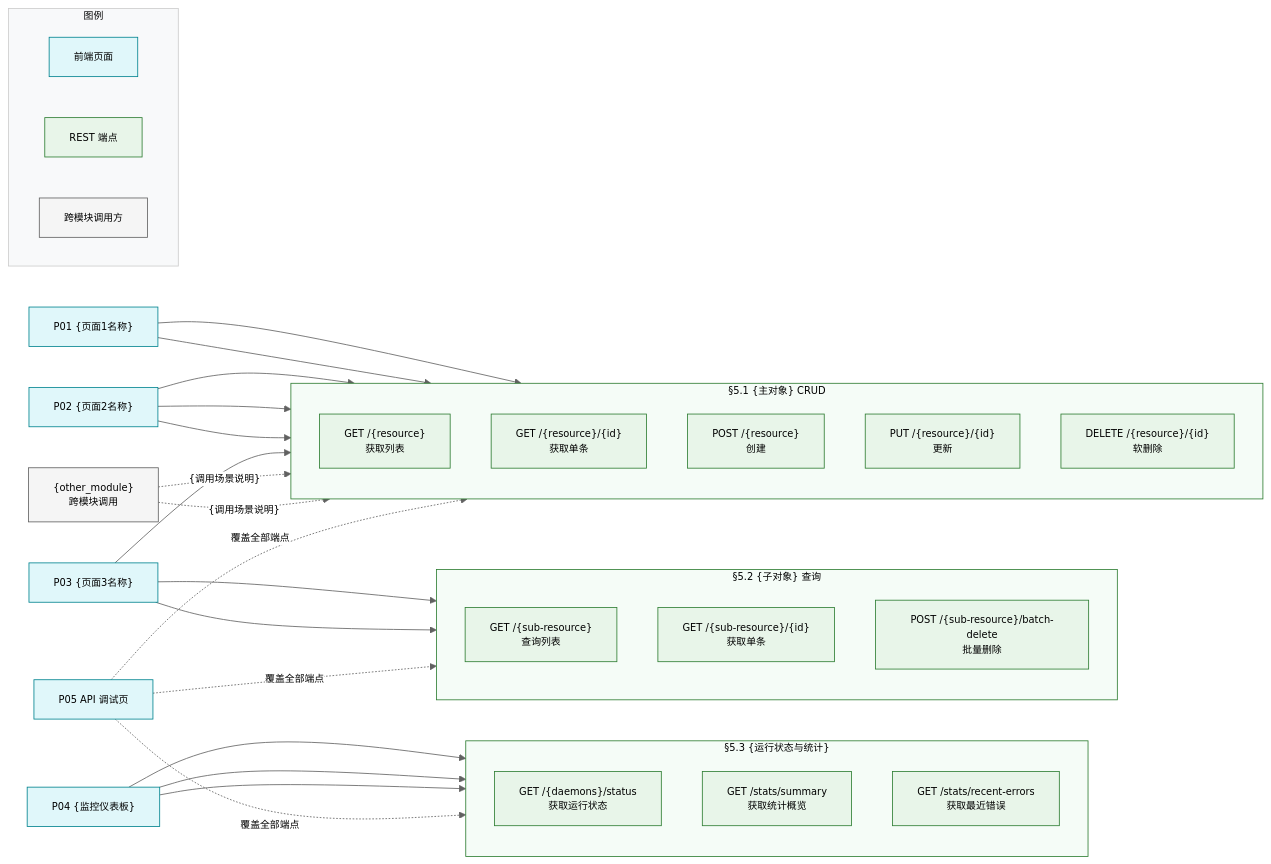
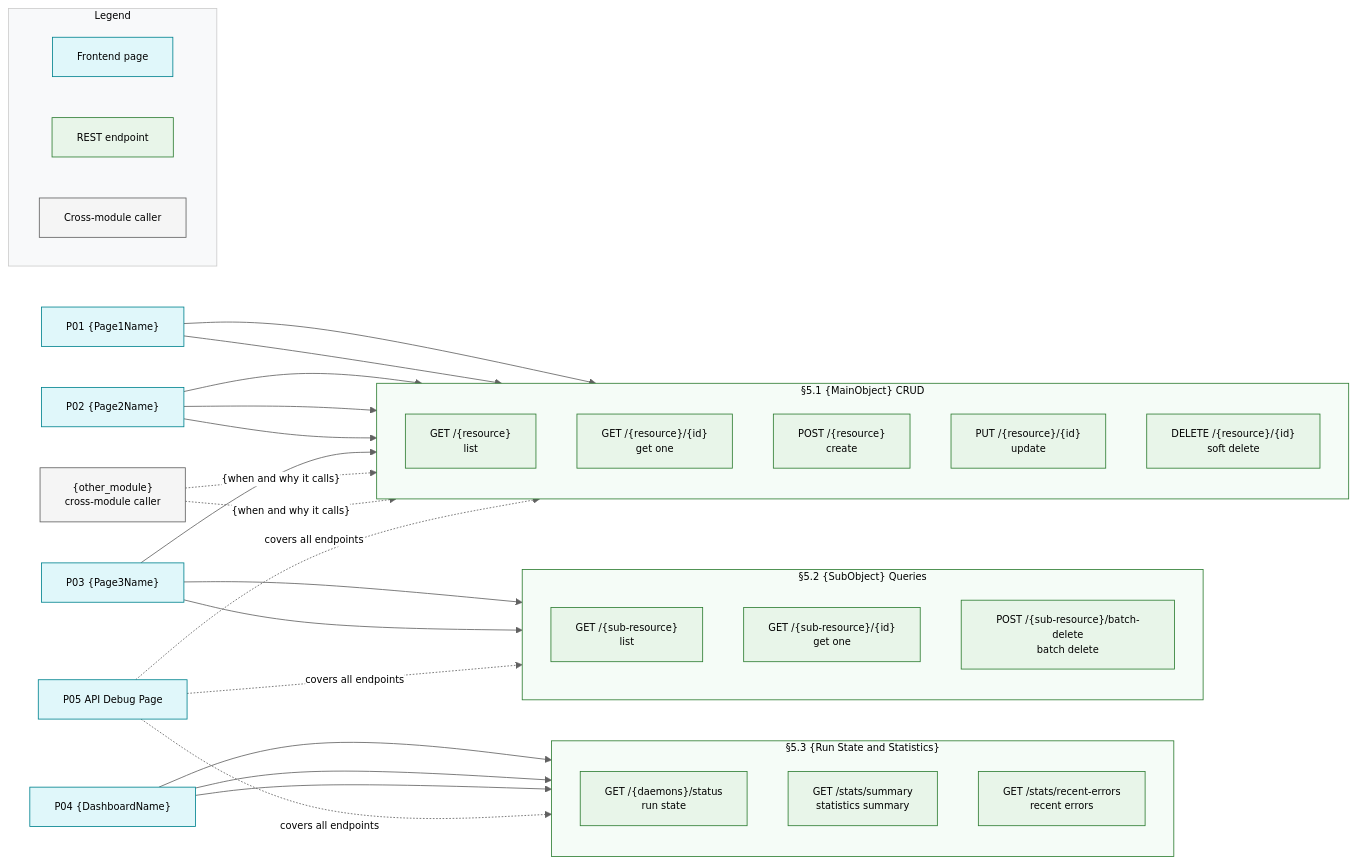
Before and after one commit to AliveverCom/ProjectTemplate_DesignDriven: the diagram in mermaid/_api_diagram.mmd, drawn with Mermaid. The commit also changed 7 other files, not shown here.

First line of the commit message:
i18n: translate README and the mermaid template set to English

```diff
--- a/mermaid/_api_diagram.mmd
+++ b/mermaid/_api_diagram.mmd
@@ -1,112 +1,115 @@
-%% ===== 模板说明（使用时整块删除）=====
-%% 图表用途：API 调用关系图。左侧为前端页面，右侧为按 tech_design §5.x 分组的 REST 端点，
-%%           连线表示"哪个页面调用哪个端点"，并标出跨模块调用方。
-%% 存放目录：docs/components/{component_code_name}/
-%% 文件命名：{component_code_name}_api.mmd；PNG 与 .mmd 同名同目录。
-%% 渲染命令：mmdc -i {component_code_name}_api.mmd \
-%%                -o {component_code_name}_api.png -b white -s 3
-%% 引用位置：{component}_tech_design.md §5.0 API Overview Diagram
-%% 样式规范：见 templates/mermaid/mmd_style_guide.md
-%%           ① 白色画布 ② 方框按类型归类着浅色 ③ 全部文字为黑色
-%% 一致性要求（review 必查）：
-%%   本图的端点数量与路径必须与 tech_design §5 逐条一致，
-%%   并与 uiux.md §2.3 Page-Object-API Mapping、P{nn} API 调试页的端点清单三方对齐。
-%% 使用提示：所有 {花括号} 占位符必须替换；节点 ID 保持 `分组前缀_动作` 形式便于检索。
-%% ======================================
+%% ===== TEMPLATE NOTES (delete this whole block when using) =====
+%% Purpose:    API call graph. Frontend pages on the left, REST endpoints grouped by
+%%             tech_design §5.x on the right; edges show which page calls which endpoint, and
+%%             cross-module callers are marked explicitly.
+%% Location:   docs/components/{component_code_name}/
+%% File name:  {component_code_name}_api.mmd; the PNG shares its name and directory.
+%% Render:     mmdc -i {component_code_name}_api.mmd \
+%%                  -o {component_code_name}_api.png -b white -s 3
+%% Referenced: {component}_tech_design.md §5.0 API Overview Diagram
+%% Style spec: see templates/mermaid/mmd_style_guide.md
+%%             (1) white canvas  (2) boxes coloured by type with light fills  (3) all text black
+%% Consistency requirements (checked in review):
+%%   The endpoint count and paths in this diagram must match tech_design §5 item by item, and must
+%%   agree with uiux.md §2.3 Page-Object-API Mapping and the endpoint list on the P{nn} API debug
+%%   page — all three must be in sync.
+%% Usage:      Replace every {curly brace} placeholder; keep node IDs in the `GROUP_ACTION` form so
+%%             they stay searchable.
+%% ===============================================================
 %%{init: {
   "theme": "base",
   "themeVariables": {
     "background": "#FFFFFF",
     "primaryColor": "#E0F7FA",
     "primaryTextColor": "#000000",
     "primaryBorderColor": "#00838F",
     "secondaryColor": "#E8F5E9",
     "tertiaryColor": "#F5F5F5",
     "lineColor": "#616161",
     "textColor": "#000000",
     "titleColor": "#000000",
     "clusterBkg": "#FAFAFA",
     "clusterBorder": "#CCCCCC",
     "edgeLabelBackground": "#FFFFFF",
     "fontFamily": "Arial, sans-serif",
     "fontSize": "12px"
   }
 }}%%
 graph LR
 
-    %% ========== 分类样式定义（每类一个浅色系背景，文字一律黑色）==========
+    %% ========== Category styles (one light fill per category; text is always black) ==========
     classDef pageCls fill:#E0F7FA,stroke:#00838F,color:#000000
     classDef apiCls  fill:#E8F5E9,stroke:#2E7D32,color:#000000
     classDef extCls  fill:#F5F5F5,stroke:#616161,color:#000000
 
-    %% ========== 调用方：本模块前端页面 ==========
-    P01["P01 {页面1名称}"]:::pageCls
-    P02["P02 {页面2名称}"]:::pageCls
-    P03["P03 {页面3名称}"]:::pageCls
-    P04["P04 {监控仪表板}"]:::pageCls
-    P05["P05 API 调试页"]:::pageCls
+    %% ========== Callers: this component's frontend pages ==========
+    P01["P01 {Page1Name}"]:::pageCls
+    P02["P02 {Page2Name}"]:::pageCls
+    P03["P03 {Page3Name}"]:::pageCls
+    P04["P04 {DashboardName}"]:::pageCls
+    P05["P05 API Debug Page"]:::pageCls
 
-    %% ========== 调用方：跨模块 ==========
-    EXT1["{other_module}<br>跨模块调用"]:::extCls
+    %% ========== Callers: cross-module ==========
+    EXT1["{other_module}<br>cross-module caller"]:::extCls
 
-    %% ========== §5.1 {主对象} CRUD ==========
-    subgraph OBJ["§5.1 {主对象} CRUD"]
+    %% ========== §5.1 {MainObject} CRUD ==========
+    subgraph OBJ["§5.1 {MainObject} CRUD"]
         direction TB
-        OBJ_LIST["GET /{resource}<br>获取列表"]:::apiCls
-        OBJ_GET["GET /{resource}/{id}<br>获取单条"]:::apiCls
-        OBJ_POST["POST /{resource}<br>创建"]:::apiCls
-        OBJ_PUT["PUT /{resource}/{id}<br>更新"]:::apiCls
-        OBJ_DEL["DELETE /{resource}/{id}<br>软删除"]:::apiCls
+        OBJ_LIST["GET /{resource}<br>list"]:::apiCls
+        OBJ_GET["GET /{resource}/{id}<br>get one"]:::apiCls
+        OBJ_POST["POST /{resource}<br>create"]:::apiCls
+        OBJ_PUT["PUT /{resource}/{id}<br>update"]:::apiCls
+        OBJ_DEL["DELETE /{resource}/{id}<br>soft delete"]:::apiCls
     end
 
-    %% ========== §5.2 {子对象} 查询 ==========
-    subgraph SUB["§5.2 {子对象} 查询"]
+    %% ========== §5.2 {SubObject} queries ==========
+    subgraph SUB["§5.2 {SubObject} Queries"]
         direction TB
-        SUB_LIST["GET /{sub-resource}<br>查询列表"]:::apiCls
-        SUB_GET["GET /{sub-resource}/{id}<br>获取单条"]:::apiCls
-        SUB_BDEL["POST /{sub-resource}/batch-delete<br>批量删除"]:::apiCls
+        SUB_LIST["GET /{sub-resource}<br>list"]:::apiCls
+        SUB_GET["GET /{sub-resource}/{id}<br>get one"]:::apiCls
+        SUB_BDEL["POST /{sub-resource}/batch-delete<br>batch delete"]:::apiCls
     end
 
-    %% ========== §5.3 {运行状态与统计} ==========
-    subgraph STAT["§5.3 {运行状态与统计}"]
+    %% ========== §5.3 {Run state and statistics} ==========
+    subgraph STAT["§5.3 {Run State and Statistics}"]
         direction TB
-        STAT_STATUS["GET /{daemons}/status<br>获取运行状态"]:::apiCls
-        STAT_SUM["GET /stats/summary<br>获取统计概览"]:::apiCls
-        STAT_ERR["GET /stats/recent-errors<br>获取最近错误"]:::apiCls
+        STAT_STATUS["GET /{daemons}/status<br>run state"]:::apiCls
+        STAT_SUM["GET /stats/summary<br>statistics summary"]:::apiCls
+        STAT_ERR["GET /stats/recent-errors<br>recent errors"]:::apiCls
     end
 
-    %% ========== 页面 → 端点 调用关系 ==========
+    %% ========== Page -> endpoint calls ==========
     P01 --> OBJ_LIST
     P01 --> OBJ_DEL
     P02 --> OBJ_GET
     P02 --> OBJ_POST
     P02 --> OBJ_PUT
     P03 --> SUB_LIST
     P03 --> SUB_BDEL
     P03 --> OBJ_LIST
     P04 --> STAT_STATUS
     P04 --> STAT_SUM
     P04 --> STAT_ERR
 
-    %% ========== API 调试页覆盖全部端点（虚线，避免连线过密）==========
-    P05 -.->|"覆盖全部端点"| OBJ
-    P05 -.->|"覆盖全部端点"| SUB
-    P05 -.->|"覆盖全部端点"| STAT
+    %% ========== The API debug page covers every endpoint (dashed, to avoid edge clutter) ==========
+    P05 -.->|"covers all endpoints"| OBJ
+    P05 -.->|"covers all endpoints"| SUB
+    P05 -.->|"covers all endpoints"| STAT
 
-    %% ========== 跨模块调用（虚线 + 说明标签）==========
-    EXT1 -.->|"{调用场景说明}"| OBJ_LIST
-    EXT1 -.->|"{调用场景说明}"| OBJ_GET
+    %% ========== Cross-module calls (dashed, with an explanatory label) ==========
+    EXT1 -.->|"{when and why it calls}"| OBJ_LIST
+    EXT1 -.->|"{when and why it calls}"| OBJ_GET
 
-    %% ========== 图例 ==========
-    subgraph legend["图例"]
+    %% ========== Legend ==========
+    subgraph legend["Legend"]
         direction LR
-        LG1["前端页面"]:::pageCls
-        LG2["REST 端点"]:::apiCls
-        LG3["跨模块调用方"]:::extCls
+        LG1["Frontend page"]:::pageCls
+        LG2["REST endpoint"]:::apiCls
+        LG3["Cross-module caller"]:::extCls
     end
 
-    %% ========== 容器底色（必须比节点更浅，且显式声明黑色文字）==========
+    %% ========== Container fills (lighter than the nodes; black text declared explicitly) ==========
     style OBJ    fill:#F5FCF7,stroke:#2E7D32,color:#000
     style SUB    fill:#F5FCF7,stroke:#2E7D32,color:#000
     style STAT   fill:#F5FCF7,stroke:#2E7D32,color:#000
     style legend fill:#F8F9FA,stroke:#CCCCCC,color:#000
```
